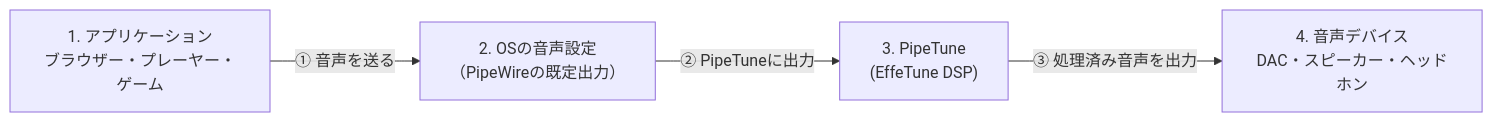
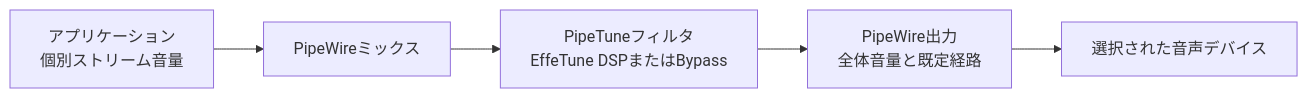
The diagram in README_ja.md (kekyo/pipetune), drawn with Mermaid before and after one commit. The commit also changed other lines of this file and 6 other files, not shown here.

````diff
--- a/README_ja.md
+++ b/README_ja.md
@@ -120,11 +127,13 @@
 ```mermaid
 flowchart LR
-    app["1. アプリケーション<br/>ブラウザー・プレーヤー・ゲーム"]
-    os["2. OSの音声設定<br/>（PipeWireの既定出力）"]
-    tune["3. PipeTune<br/>(EffeTune DSP)"]
-    device["4. 音声デバイス<br/>DAC・スピーカー・ヘッドホン"]
+    apps["アプリケーション<br/>個別ストリーム音量"]
+    mix["PipeWireミックス"]
+    tune["PipeTuneフィルタ<br/>EffeTune DSPまたはBypass"]
+    output["PipeWire出力<br/>全体音量と既定経路"]
+    device["選択された音声デバイス"]
 
-    app -->|"① 音声を送る"| os
-    os -->|"② PipeTuneに出力"| tune
-    tune -->|"③ 処理済み音声を出力"| device
+    apps --> mix
+    mix --> tune
+    tune --> output
+    output --> device
 ```
````
